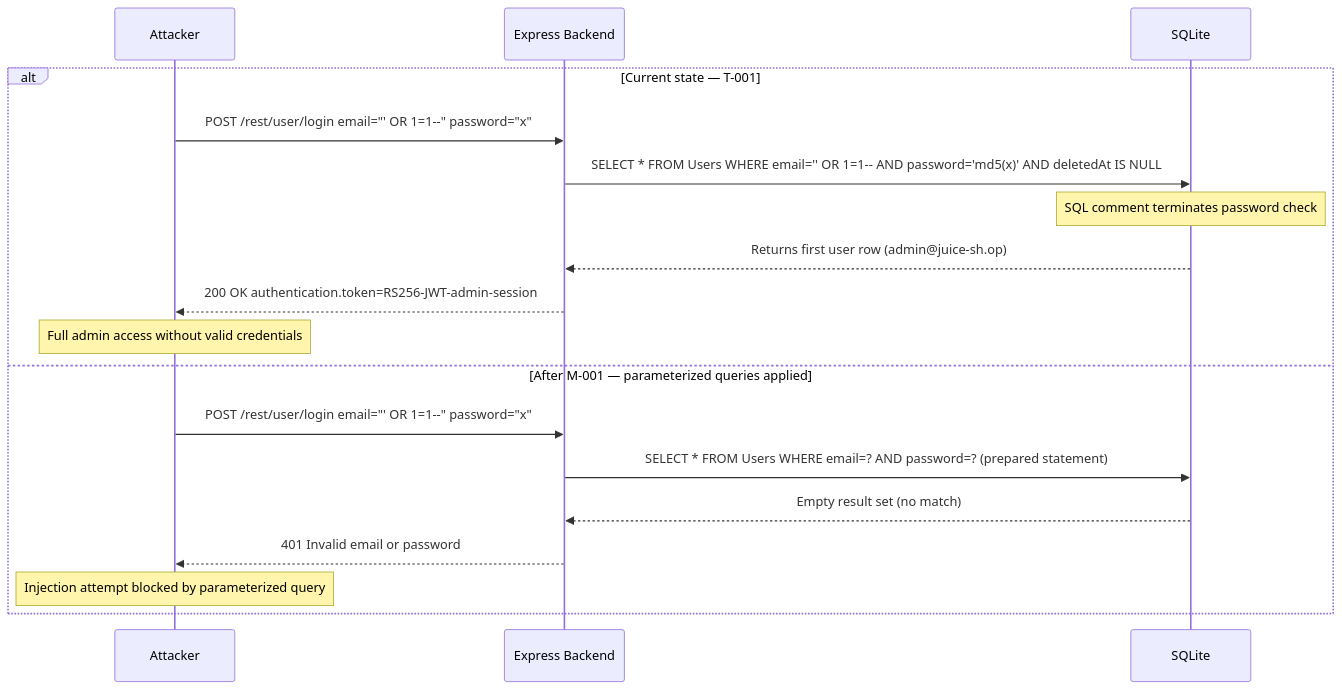
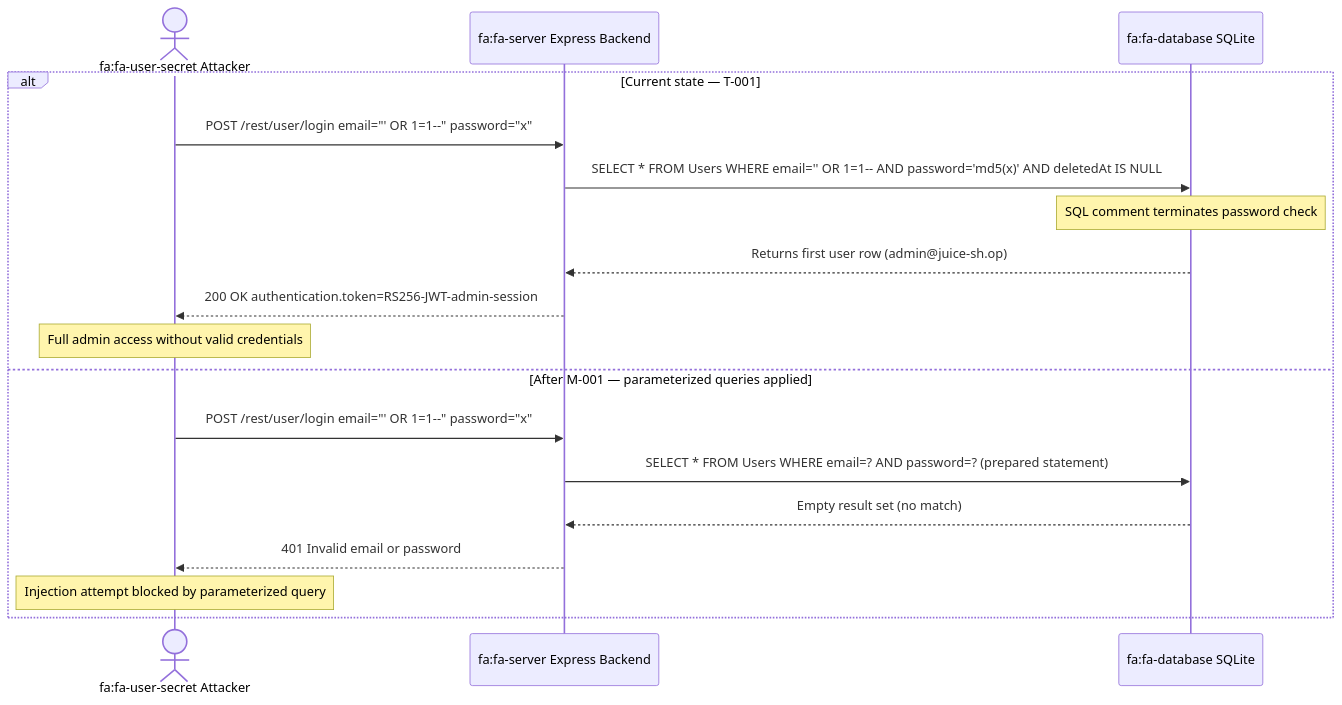
Before and after one commit to appsec-foundry/appsec-advisor: the ninth of 18 diagrams in examples/threat-modeler/threat-mode-juice-shop-standard.md, drawn with Mermaid. The commit also changed other lines of this file and 9 other files, not shown here.

Commit message:
mermaid diagrams improved

````diff
--- a/examples/threat-modeler/threat-mode-juice-shop-standard.md
+++ b/examples/threat-modeler/threat-mode-juice-shop-standard.md
@@ -750,21 +577,21 @@
 ```mermaid
 sequenceDiagram
-    participant ATK as Attacker
-    participant API as Express Backend
-    participant DB as SQLite
+    actor ATK as fa:fa-user-secret Attacker
+    participant API as fa:fa-server Express Backend
+    participant DB as fa:fa-database SQLite
 
     alt Current state — T-001
         ATK->>API: POST /rest/user/login email="' OR 1=1--" password="x"
         API->>DB: SELECT * FROM Users WHERE email='' OR 1=1-- AND password='md5(x)' AND deletedAt IS NULL
         Note over DB: SQL comment terminates password check
         DB-->>API: Returns first user row (admin@juice-sh.op)
         API-->>ATK: 200 OK authentication.token=RS256-JWT-admin-session
         Note over ATK: Full admin access without valid credentials
     else After M-001 — parameterized queries applied
         ATK->>API: POST /rest/user/login email="' OR 1=1--" password="x"
         API->>DB: SELECT * FROM Users WHERE email=? AND password=? (prepared statement)
         DB-->>API: Empty result set (no match)
         API-->>ATK: 401 Invalid email or password
         Note over ATK: Injection attempt blocked by parameterized query
     end
 ```
````
